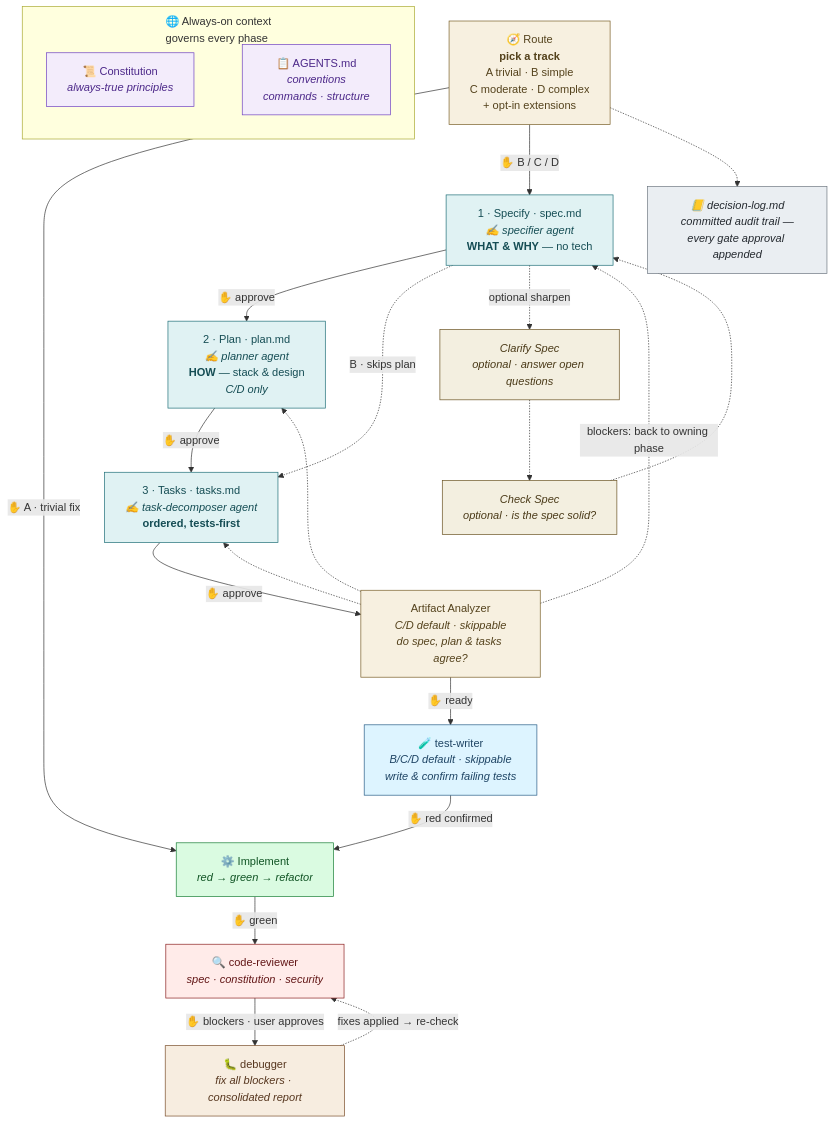
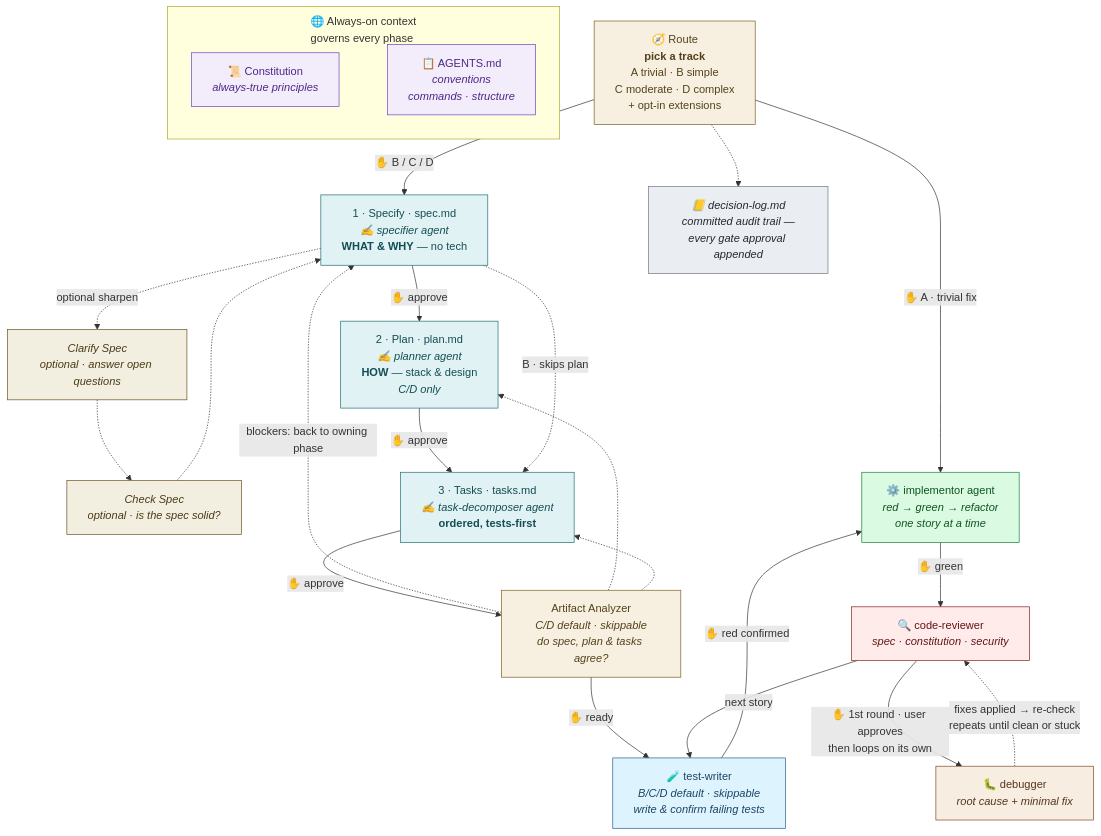
Before and after one commit to saptarshibasu/spec-driven-development: the first of 2 diagrams in README.md, drawn with Mermaid. The commit also changed other lines of this file and 38 other files, not shown here.

Commit message:
implementor agent added, loos added between reviewer-debugger, artifact-analyzer and planner/task decomposer, test-code-review

````diff
--- a/README.md
+++ b/README.md
@@ -24,46 +24,47 @@
 ```mermaid
 %%{init: {'flowchart': {'nodeSpacing': 50, 'rankSpacing': 45, 'subGraphTitleMargin': {'top': 10, 'bottom': 10}}, 'themeVariables': {'fontSize': '16px'}}}%%
 flowchart TD
     subgraph CTX["🌐 Always-on context<br/>governs every phase"]
         direction LR
         K["📜 Constitution<br/><i>always-true principles</i>"]:::gov
         AGT["📋 AGENTS.md<br/><i>conventions<br/>commands · structure</i>"]:::gov
         K ~~~ AGT
     end
     RT["🧭 Route<br/><b>pick a track</b><br/>A trivial · B simple<br/>C moderate · D complex<br/>+ opt-in extensions"]:::gate
     S["1 · Specify · spec.md<br/><i>✍️ specifier agent</i><br/><b>WHAT & WHY</b> — no tech"]:::draft
     CL["Clarify Spec<br/><i>optional · answer open questions</i>"]:::opt
     CK["Check Spec<br/><i>optional · is the spec solid?</i>"]:::opt
     P["2 · Plan · plan.md<br/><i>✍️ planner agent</i><br/><b>HOW</b> — stack & design<br/><i>C/D only</i>"]:::draft
     T["3 · Tasks · tasks.md<br/><i>✍️ task-decomposer agent</i><br/><b>ordered, tests-first</b>"]:::draft
     AN["Artifact Analyzer<br/><i>C/D default · skippable<br/>do spec, plan & tasks agree?</i>"]:::gate
     TW["🧪 test-writer<br/><i>B/C/D default · skippable<br/>write & confirm failing tests</i>"]:::twriter
-    I["⚙️ Implement<br/><i>red → green → refactor</i>"]:::impl
+    I["⚙️ implementor agent<br/><i>red → green → refactor<br/>one story at a time</i>"]:::impl
     R["🔍 code-reviewer<br/><i>spec · constitution · security</i>"]:::reviewer
-    DB["🐛 debugger<br/><i>fix all blockers · consolidated report</i>"]:::debug
+    DB["🐛 debugger<br/><i>root cause + minimal fix</i>"]:::debug
     DL["📒 decision-log.md<br/><i>committed audit trail —<br/>every gate approval appended</i>"]:::audit
 
     RT -->|✋ A · trivial fix| I
     RT -->|✋ B / C / D| S
     S -->|✋ approve| P -->|✋ approve| T -->|✋ approve| AN -->|✋ ready| TW -->|✋ red confirmed| I -->|✋ green| R
-    R -->|"✋ blockers · user approves"| DB
-    DB -. "fixes applied → re-check" .-> R
+    R -->|next story| TW
+    R -->|"✋ 1st round · user approves<br/>then loops on its own"| DB
+    DB -. "fixes applied → re-check<br/>repeats until clean or stuck" .-> R
     S -. B · skips plan .-> T
     S -. optional sharpen .-> CL
     CL -.-> CK
     CK -.-> S
     AN -. "blockers: back to owning phase" .-> S
     AN -.-> P
     AN -.-> T
     RT -.-> DL
 
     classDef gov fill:#f3ecfb,color:#4c2889,stroke:#6f42c1
     classDef draft fill:#e0f2f3,color:#154d54,stroke:#1f6f78
     classDef gate fill:#f7f0e0,color:#54421c,stroke:#7a5f28
     classDef opt fill:#f3efe0,color:#4a3a18,stroke:#6a5222,font-style:italic
     classDef impl fill:#dafbe1,color:#0f5323,stroke:#1a7f37
     classDef twriter fill:#ddf4ff,color:#1e4464,stroke:#2a5e88
     classDef reviewer fill:#ffebe9,color:#621616,stroke:#8b2020
     classDef debug fill:#f7ede0,color:#56361e,stroke:#7a4e2a
     classDef audit fill:#eaeef2,color:#24292f,stroke:#6e7781,font-style:italic
 ```
````
